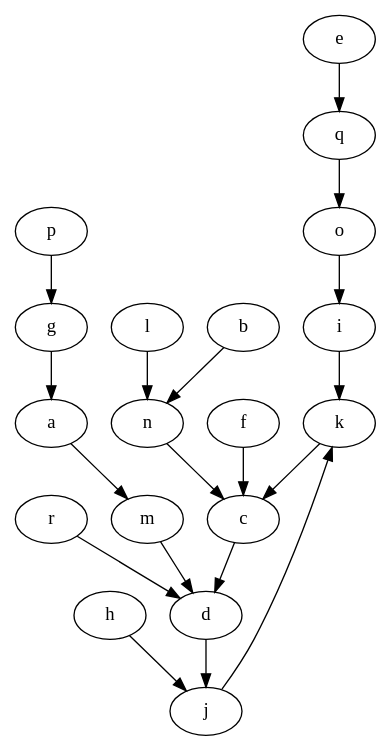
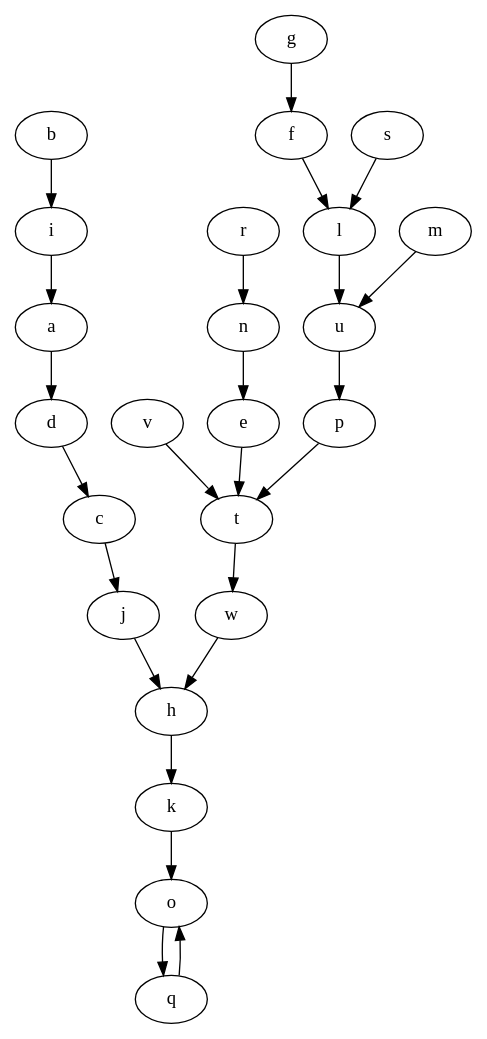
One commit to ClayDowling/llintersections changed the diagram in samples/graphE.gv. Above: the diagram before and after it, drawn with Graphviz. The commit also changed 23 other files, not shown here.

```diff
--- a/samples/graphE.gv
+++ b/samples/graphE.gv
@@ -1,20 +1,25 @@
 digraph intersection {
-  i -> k
-  l -> n
-  j -> k
-  o -> i
-  f -> c
-  r -> d
-  a -> m
-  c -> d
-  d -> j
-  b -> n
-  k -> c
-  p -> g
-  g -> a
-  m -> d
-  n -> c
-  e -> q
-  h -> j
+  k -> o
+  v -> t
+  f -> l
+  g -> f
+  o -> q
+  m -> u
+  c -> j
+  e -> t
+  j -> h
+  p -> t
+  d -> c
+  r -> n
+  h -> k
+  s -> l
+  i -> a
   q -> o
+  l -> u
+  a -> d
+  b -> i
+  n -> e
+  w -> h
+  t -> w
+  u -> p
 }
```
